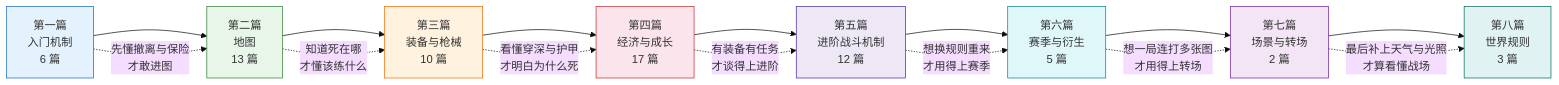
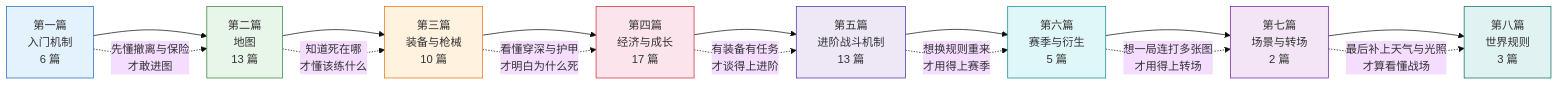
Before and after one commit to GTX950L/tarkov-encyclopedia: the diagram in content/README.md, drawn with Mermaid (base theme). The commit also changed other lines of this file and 79 other files, not shown here.

````diff
--- a/content/README.md
+++ b/content/README.md
@@ -16,27 +16,27 @@
 ```mermaid
 flowchart LR
     A[第一篇<br/>入门机制<br/>6 篇] --> B[第二篇<br/>地图<br/>13 篇]
     B --> C[第三篇<br/>装备与枪械<br/>10 篇]
     C --> D[第四篇<br/>经济与成长<br/>17 篇]
-    D --> E[第五篇<br/>进阶战斗机制<br/>12 篇]
+    D --> E[第五篇<br/>进阶战斗机制<br/>13 篇]
     E --> F[第六篇<br/>赛季与衍生<br/>5 篇]
     F --> G[第七篇<br/>场景与转场<br/>2 篇]
     G --> H[第八篇<br/>世界规则<br/>3 篇]
 
     A -. 先懂撤离与保险<br/>才敢进图 .-> B
     B -. 知道死在哪<br/>才懂该练什么 .-> C
     C -. 看懂穿深与护甲<br/>才明白为什么死 .-> D
     D -. 有装备有任务<br/>才谈得上进阶 .-> E
     E -. 想换规则重来<br/>才用得上赛季 .-> F
     F -. 想一局连打多张图<br/>才用得上转场 .-> G
     G -. 最后补上天气与光照<br/>才算看懂战场 .-> H
 
     style A fill:#e3f2fd,stroke:#1565c0
     style B fill:#e8f5e9,stroke:#2e7d32
     style C fill:#fff3e0,stroke:#ef6c00
     style D fill:#fce4ec,stroke:#c62828
     style E fill:#ede7f6,stroke:#4527a0
     style F fill:#e0f7fa,stroke:#00838f
     style G fill:#f3e5f5,stroke:#6a1b9a
     style H fill:#e0f2f1,stroke:#00695c
 ```
````
